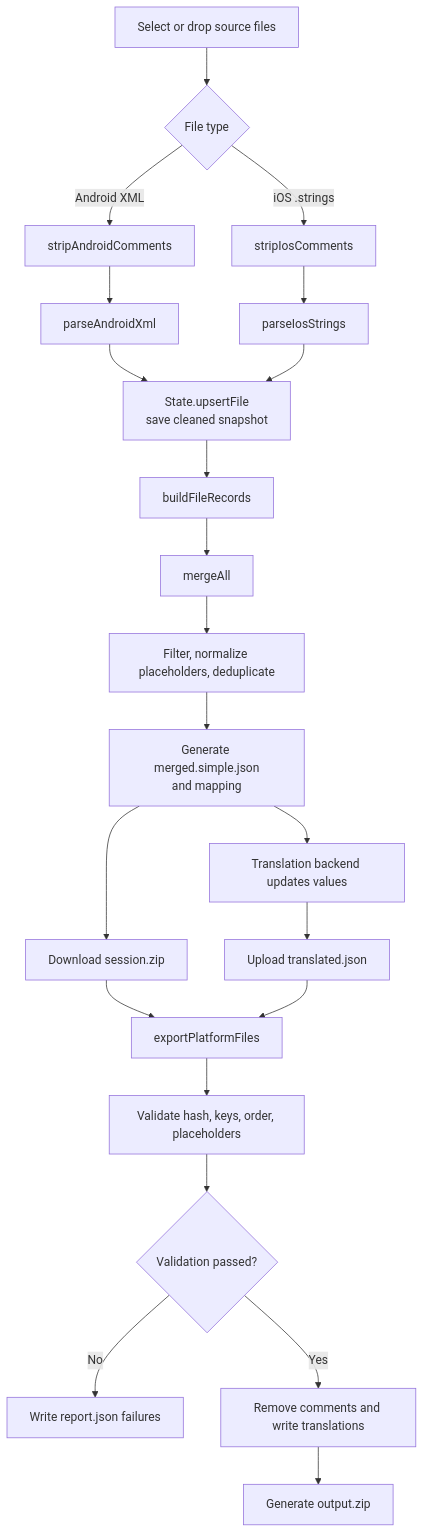
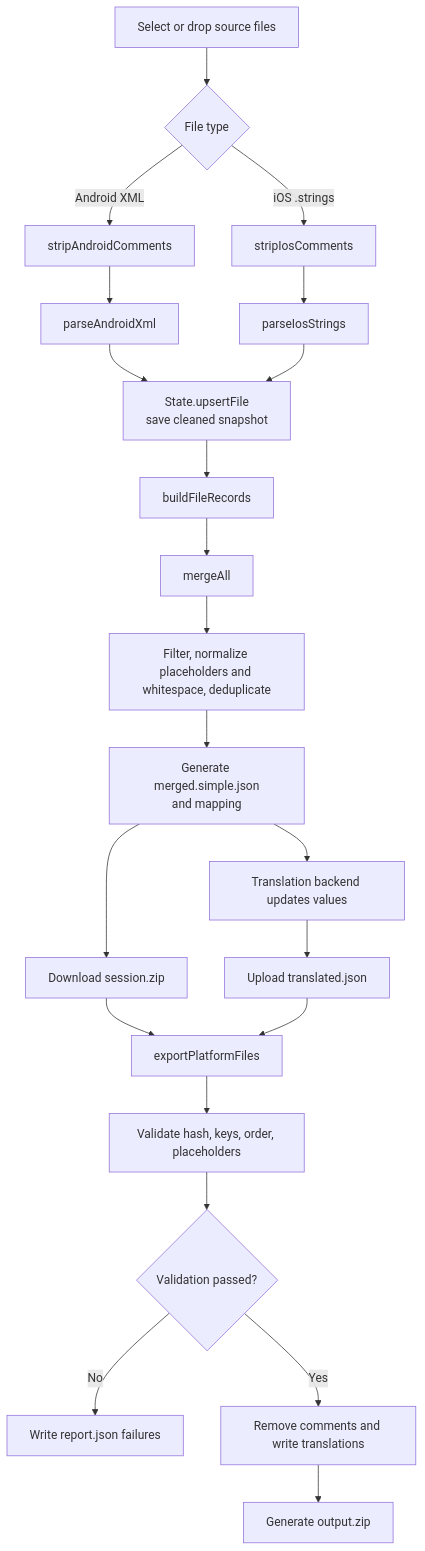
Before and after one commit to TerryPAC/IconTool: the diagram in TranslationTool/README.md, drawn with Mermaid. The commit also changed other lines of this file and 9 other files, not shown here.

````diff
--- a/TranslationTool/README.md
+++ b/TranslationTool/README.md
@@ -62,24 +62,24 @@
 ```mermaid
 flowchart TD
     A[Select or drop source files] --> B{File type}
     B -->|Android XML| C[stripAndroidComments]
     B -->|iOS .strings| D[stripIosComments]
     C --> E[parseAndroidXml]
     D --> F[parseIosStrings]
     E --> G[State.upsertFile<br/>save cleaned snapshot]
     F --> G
     G --> H[buildFileRecords]
     H --> I[mergeAll]
-    I --> J[Filter, normalize placeholders, deduplicate]
+    I --> J[Filter, normalize placeholders and whitespace, deduplicate]
     J --> K[Generate merged.simple.json<br/>and mapping]
     K --> L[Download session.zip]
     K --> M[Translation backend updates values]
     M --> N[Upload translated.json]
     L --> O[exportPlatformFiles]
     N --> O
     O --> P[Validate hash, keys, order, placeholders]
     P --> Q{Validation passed?}
     Q -->|No| R[Write report.json failures]
     Q -->|Yes| S[Remove comments and write translations]
     S --> T[Generate output.zip]
 ```
````
